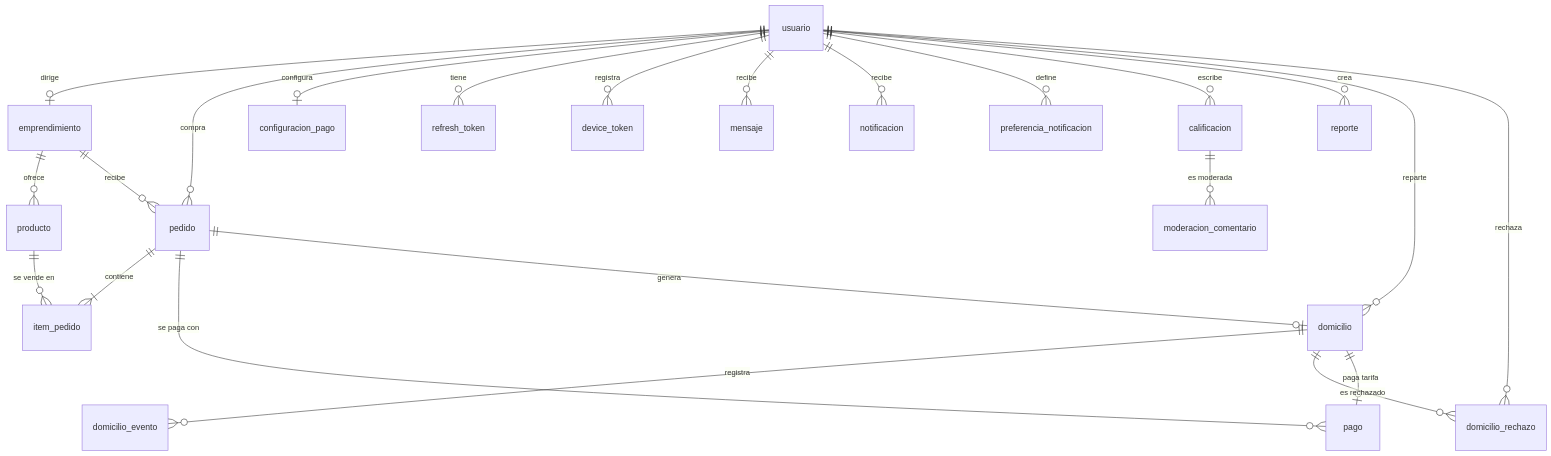
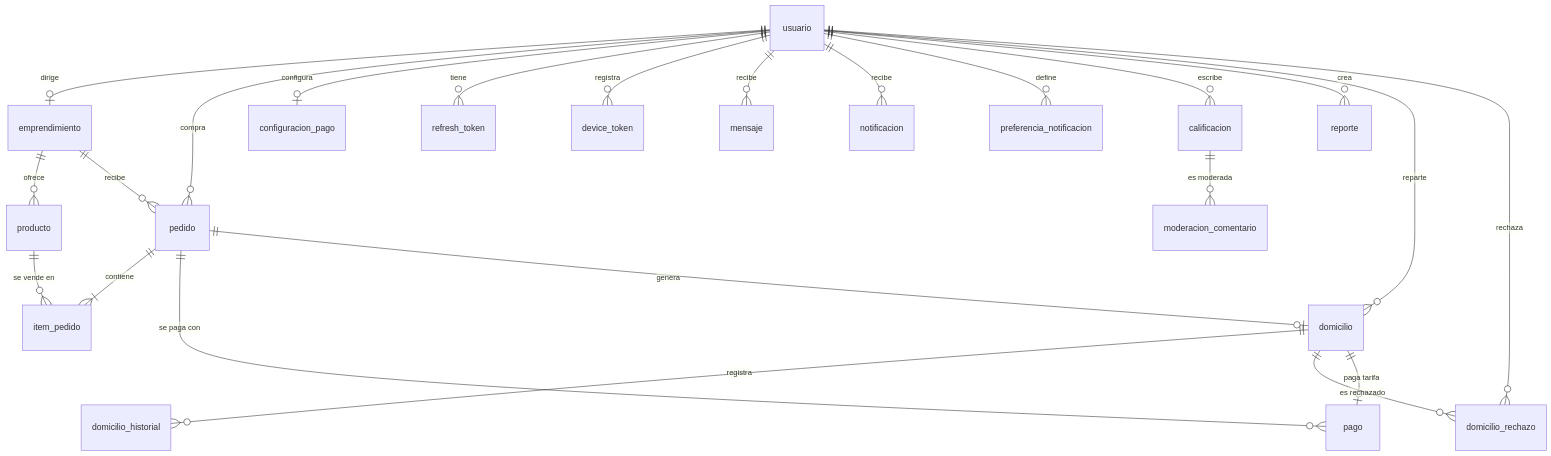
One commit to RAAR-18/napa changed the diagram in specs/general/spec-general.md. Above: the diagram before and after it, drawn with Mermaid. The commit also changed other lines of this file and 1 other file, not shown here.

Commit message:
**Trazabilidad del domicilio** - plan.md y spec-general.md: `domicilio_evento` se escribe en la misma transacción del caso de uso, no por evento. Su `id` deja de ser `eventId`. - plan.md y spec-general.md: la tabla `domicilio_evento` pasa a llamarse `domicilio_historial` y se escribe en la misma transacción del caso de uso, no por evento. Su `id` deja de ser `eventId`.

````diff
--- a/specs/general/spec-general.md
+++ b/specs/general/spec-general.md
@@ -89,25 +89,25 @@
 ```mermaid
 erDiagram
-  usuario ||--o| emprendimiento : "dirige"
-  usuario ||--o{ pedido : "compra"
-  usuario ||--o| configuracion_pago : "configura"
-  usuario ||--o{ refresh_token : "tiene"
-  usuario ||--o{ device_token : "registra"
-  usuario ||--o{ mensaje : "recibe"
-  usuario ||--o{ notificacion : "recibe"
-  usuario ||--o{ preferencia_notificacion : "define"
-  usuario ||--o{ calificacion : "escribe"
-  usuario ||--o{ reporte : "crea"
-  usuario ||--o{ domicilio : "reparte"
-  usuario ||--o{ domicilio_rechazo : "rechaza"
-  emprendimiento ||--o{ producto : "ofrece"
-  emprendimiento ||--o{ pedido : "recibe"
-  pedido ||--|{ item_pedido : "contiene"
-  producto ||--o{ item_pedido : "se vende en"
-  pedido ||--o{ pago : "se paga con"
-  pedido ||--o| domicilio : "genera"
-  domicilio ||--o{ domicilio_evento : "registra"
-  domicilio ||--o{ domicilio_rechazo : "es rechazado"
-  domicilio ||--o| pago : "paga tarifa"
-  calificacion ||--o{ moderacion_comentario : "es moderada"
+    usuario ||--o| emprendimiento : "dirige"
+    usuario ||--o{ pedido : "compra"
+    usuario ||--o| configuracion_pago : "configura"
+    usuario ||--o{ refresh_token : "tiene"
+    usuario ||--o{ device_token : "registra"
+    usuario ||--o{ mensaje : "recibe"
+    usuario ||--o{ notificacion : "recibe"
+    usuario ||--o{ preferencia_notificacion : "define"
+    usuario ||--o{ calificacion : "escribe"
+    usuario ||--o{ reporte : "crea"
+    usuario ||--o{ domicilio : "reparte"
+    usuario ||--o{ domicilio_rechazo : "rechaza"
+    emprendimiento ||--o{ producto : "ofrece"
+    emprendimiento ||--o{ pedido : "recibe"
+    pedido ||--|{ item_pedido : "contiene"
+    producto ||--o{ item_pedido : "se vende en"
+    pedido ||--o{ pago : "se paga con"
+    pedido ||--o| domicilio : "genera"
+    domicilio ||--o{ domicilio_historial : "registra"
+    domicilio ||--o{ domicilio_rechazo : "es rechazado"
+    domicilio ||--o| pago : "paga tarifa"
+    calificacion ||--o{ moderacion_comentario : "es moderada"
 ```
````
